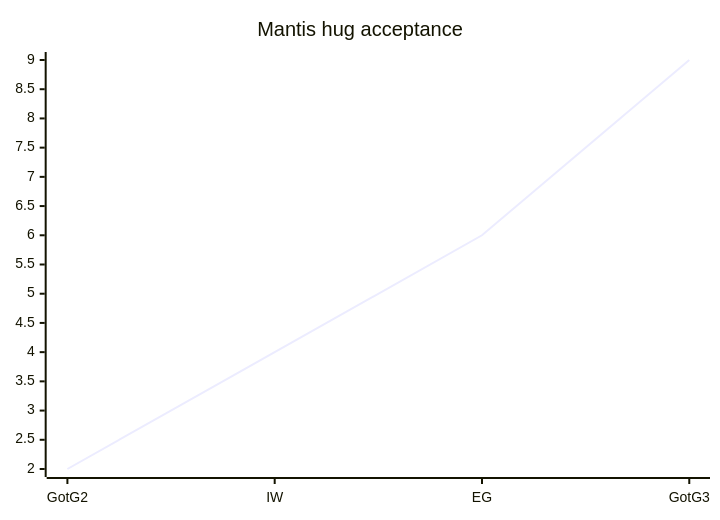
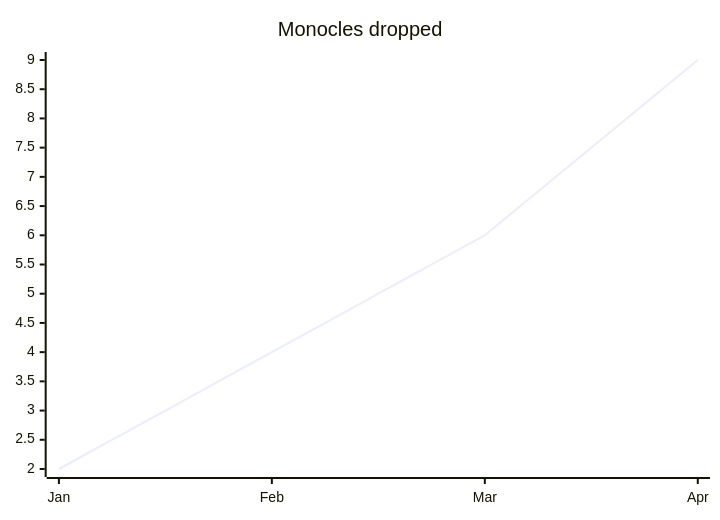
One commit to DimitrisMilonopoulos/monocle changed the fourth of 4 diagrams in docs/demo.md. Above: the diagram before and after it, drawn with Mermaid. The commit also changed other lines of this file and 66 other files, not shown here.

````diff
--- a/docs/demo.md
+++ b/docs/demo.md
@@ -39,6 +39,6 @@
 ```mermaid
 xychart-beta
-  title "Mantis hug acceptance"
-  x-axis [GotG2, IW, EG, GotG3]
+  title "Monocles dropped"
+  x-axis [Jan, Feb, Mar, Apr]
   line [2, 4, 6, 9]
 ```
````
